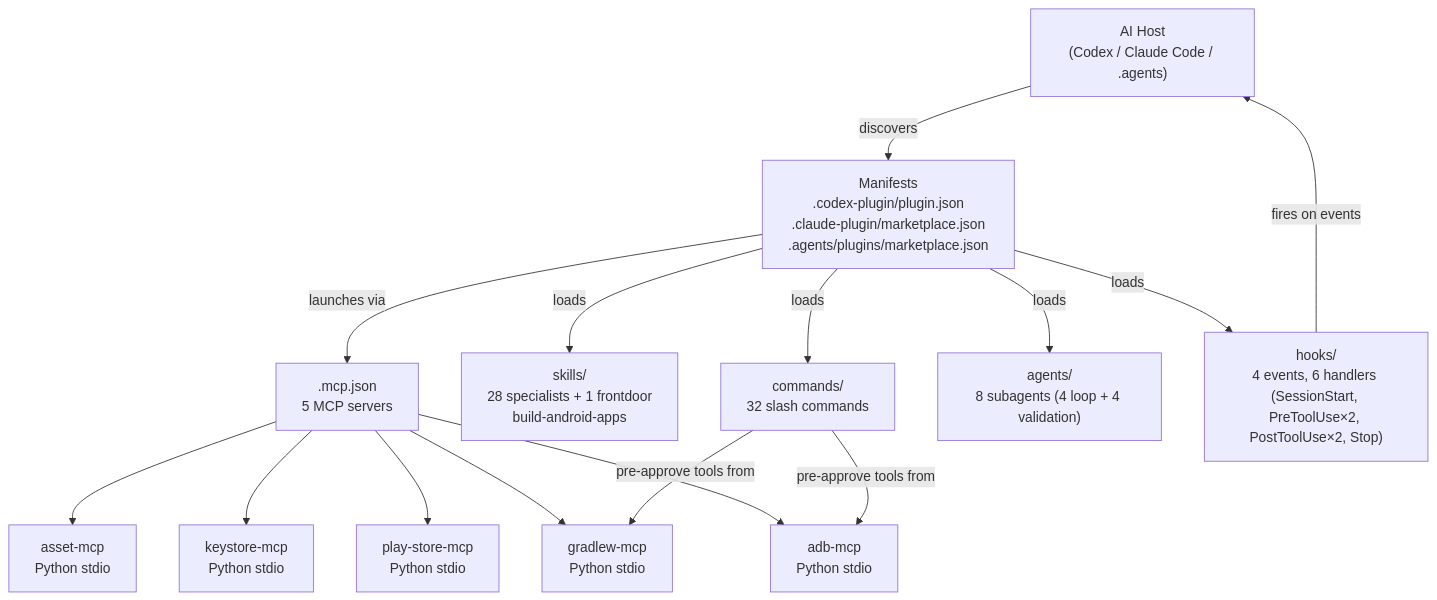
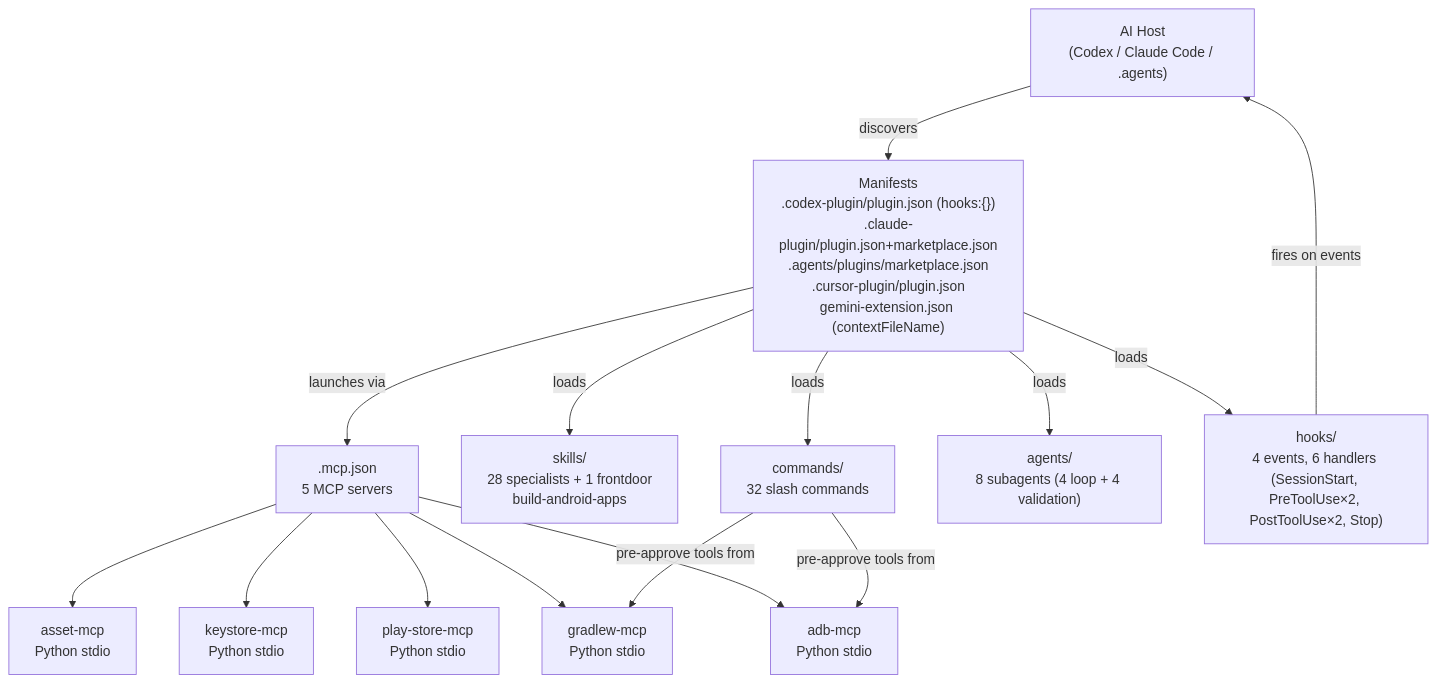
Before and after one commit to mitunmanav/build-android-apps: the diagram in docs/ARCHITECTURE.md, drawn with Mermaid. The commit also changed other lines of this file and 3 other files, not shown here.

Commit message:
docs(hosts): phase A install matrix + architecture

````diff
--- a/docs/ARCHITECTURE.md
+++ b/docs/ARCHITECTURE.md
@@ -3,30 +3,30 @@
 ```mermaid
 graph TB
     Host["AI Host<br/>(Codex / Claude Code / .agents)"]
-    Manifests["Manifests<br/>.codex-plugin/plugin.json<br/>.claude-plugin/marketplace.json<br/>.agents/plugins/marketplace.json"]
+    Manifests["Manifests<br/>.codex-plugin/plugin.json (hooks:{})<br/>.claude-plugin/plugin.json+marketplace.json<br/>.agents/plugins/marketplace.json<br/>.cursor-plugin/plugin.json<br/>gemini-extension.json (contextFileName)"]
     MCP[".mcp.json<br/>5 MCP servers"]
     Skills["skills/<br/>28 specialists + 1 frontdoor<br/>build-android-apps"]
     Cmds["commands/<br/>32 slash commands"]
     Agents["agents/<br/>8 subagents (4 loop + 4 validation)"]
     Hooks["hooks/<br/>4 events, 6 handlers (SessionStart, PreToolUse×2, PostToolUse×2, Stop)"]
     adb_mcp["adb-mcp<br/>Python stdio"]
     gradlew_mcp["gradlew-mcp<br/>Python stdio"]
     play_store_mcp["play-store-mcp<br/>Python stdio"]
     keystore_mcp["keystore-mcp<br/>Python stdio"]
     asset_mcp["asset-mcp<br/>Python stdio"]
 
     Host -->|discovers| Manifests
     Manifests -->|loads| Skills
     Manifests -->|loads| Cmds
     Manifests -->|loads| Agents
     Manifests -->|loads| Hooks
     Manifests -->|launches via| MCP
     MCP --> adb_mcp
     MCP --> gradlew_mcp
     MCP --> play_store_mcp
     MCP --> keystore_mcp
     MCP --> asset_mcp
     Cmds -->|pre-approve tools from| adb_mcp
     Cmds -->|pre-approve tools from| gradlew_mcp
     Hooks -->|fires on events| Host
 ```
````
